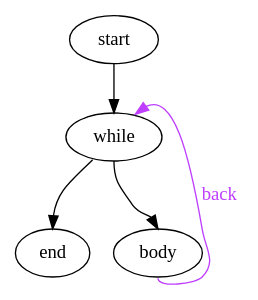
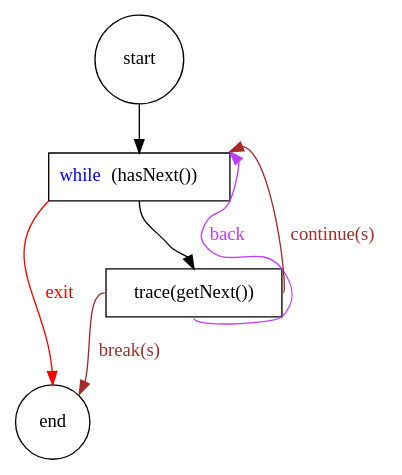
The diagram in graphs/basics.while.gv (jindrapetrik/graphs), drawn with Graphviz before and after one commit. The commit also changed 3 other files, not shown here.

```diff
--- a/graphs/basics.while.gv
+++ b/graphs/basics.while.gv
@@ -1,8 +1,23 @@
+/*
+
+while(hasNext()){
+   trace(getNext());
+}
+
+*/
 digraph {
-start;
+node [shape=box]
+start [shape=circle];
+end [shape=circle];
+while[label=<<FONT color="blue">while</FONT>(hasNext())>]
+body[label="trace(getNext())"]
 start:s->while:n;
 while:s->body:n;
 body:s->while:ne [color=darkorchid1 label=back fontcolor=darkorchid1];
-while:sw->end:n;
+
+body:e->while:ne[color=brown label="continue(s)" fontcolor=brown];
+body:w->end:ne[color=brown label="break(s)" fontcolor=brown];
+
+while:sw->end:n [color=red fontcolor=red label="exit"];
 end;
 }
```
